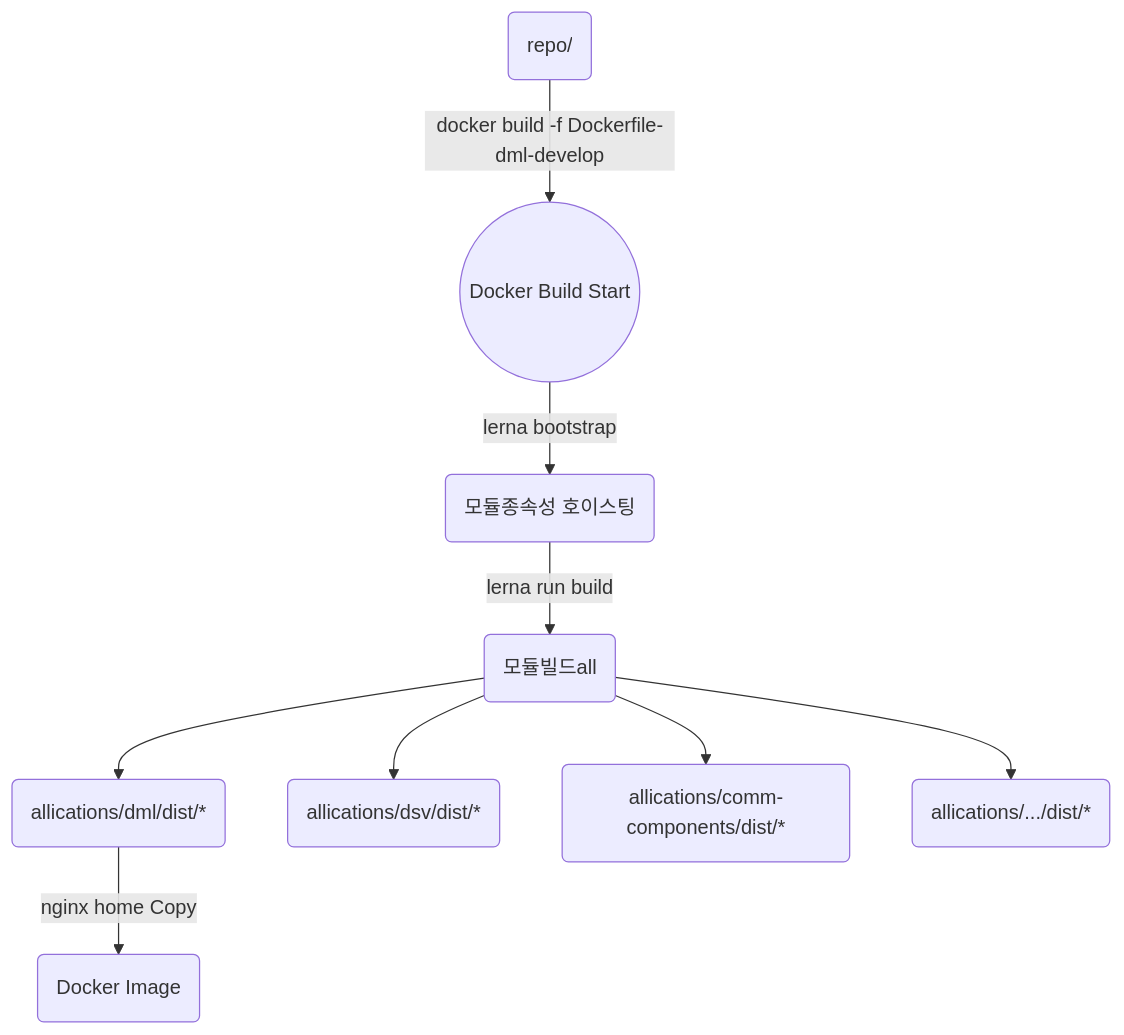
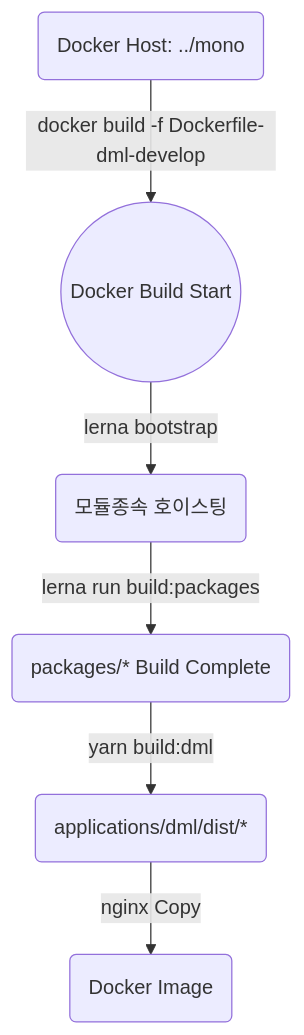
The second of 2 diagrams in README.md (Shin-Beomchul/mono), drawn with Mermaid before and after one commit. The commit also changed other lines of this file and 7 other files, not shown here.

````diff
--- a/README.md
+++ b/README.md
@@ -71,10 +71,7 @@
 ```mermaid
 graph TB
-A(repo/) --docker build -f Dockerfile-dml-develop --> B((Docker Build Start)) 
-B --lerna bootstrap--> C(모듈종속성 호이스팅) --lerna run build--> ALL(모듈빌드all) 
-ALL --> D1(allications/dml/dist/*)
-ALL --> D2(allications/dsv/dist/*)
-ALL --> D3(allications/comm-components/dist/*)
-ALL --> DX(allications/.../dist/*)
-D1 --nginx home Copy-->E(Docker Image)
+A(Docker Host: ../mono) --docker build -f Dockerfile-dml-develop --> B((Docker Build Start))
+B --lerna bootstrap--> C(모듈종속 호이스팅) --lerna  run  build:packages--> ALL(packages/* Build Complete)
+ALL --yarn  build:dml-->D2(applications/dml/dist/*)
+D2 --nginx Copy-->E(Docker Image)
 ```
````
